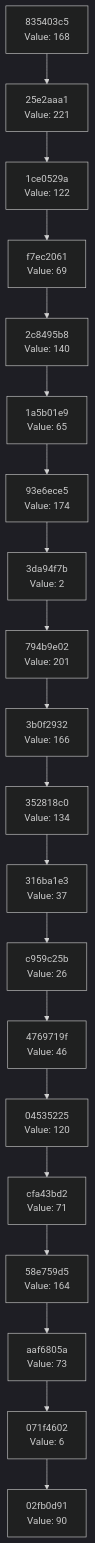
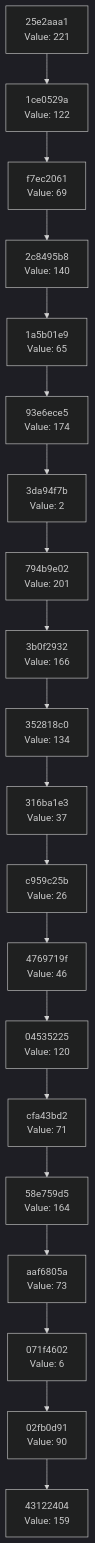
Before and after one commit to Abhisheksinha1506/hash-chain-evolver: the diagram in docs/CHAIN_VISUALIZATION.md, drawn with Mermaid (dark theme). The commit also changed 2 other files, not shown here.

Commit message:
Evolution step: hash 0x9F → action executed

````diff
--- a/docs/CHAIN_VISUALIZATION.md
+++ b/docs/CHAIN_VISUALIZATION.md
@@ -3,42 +3,42 @@
 ```mermaid
 graph TD
-    C0["02fb0d91<br/>Value: 90"]
-    C1["071f4602<br/>Value: 6"]
+    C0["43122404<br/>Value: 159"]
+    C1["02fb0d91<br/>Value: 90"]
     C1 --> C0
-    C2["aaf6805a<br/>Value: 73"]
+    C2["071f4602<br/>Value: 6"]
     C2 --> C1
-    C3["58e759d5<br/>Value: 164"]
+    C3["aaf6805a<br/>Value: 73"]
     C3 --> C2
-    C4["cfa43bd2<br/>Value: 71"]
+    C4["58e759d5<br/>Value: 164"]
     C4 --> C3
-    C5["04535225<br/>Value: 120"]
+    C5["cfa43bd2<br/>Value: 71"]
     C5 --> C4
-    C6["4769719f<br/>Value: 46"]
+    C6["04535225<br/>Value: 120"]
     C6 --> C5
-    C7["c959c25b<br/>Value: 26"]
+    C7["4769719f<br/>Value: 46"]
     C7 --> C6
-    C8["316ba1e3<br/>Value: 37"]
+    C8["c959c25b<br/>Value: 26"]
     C8 --> C7
-    C9["352818c0<br/>Value: 134"]
+    C9["316ba1e3<br/>Value: 37"]
     C9 --> C8
-    C10["3b0f2932<br/>Value: 166"]
+    C10["352818c0<br/>Value: 134"]
     C10 --> C9
-    C11["794b9e02<br/>Value: 201"]
+    C11["3b0f2932<br/>Value: 166"]
     C11 --> C10
-    C12["3da94f7b<br/>Value: 2"]
+    C12["794b9e02<br/>Value: 201"]
     C12 --> C11
-    C13["93e6ece5<br/>Value: 174"]
+    C13["3da94f7b<br/>Value: 2"]
     C13 --> C12
-    C14["1a5b01e9<br/>Value: 65"]
+    C14["93e6ece5<br/>Value: 174"]
     C14 --> C13
-    C15["2c8495b8<br/>Value: 140"]
+    C15["1a5b01e9<br/>Value: 65"]
     C15 --> C14
-    C16["f7ec2061<br/>Value: 69"]
+    C16["2c8495b8<br/>Value: 140"]
     C16 --> C15
-    C17["1ce0529a<br/>Value: 122"]
+    C17["f7ec2061<br/>Value: 69"]
     C17 --> C16
-    C18["25e2aaa1<br/>Value: 221"]
+    C18["1ce0529a<br/>Value: 122"]
     C18 --> C17
-    C19["835403c5<br/>Value: 168"]
+    C19["25e2aaa1<br/>Value: 221"]
     C19 --> C18
 ```
````
